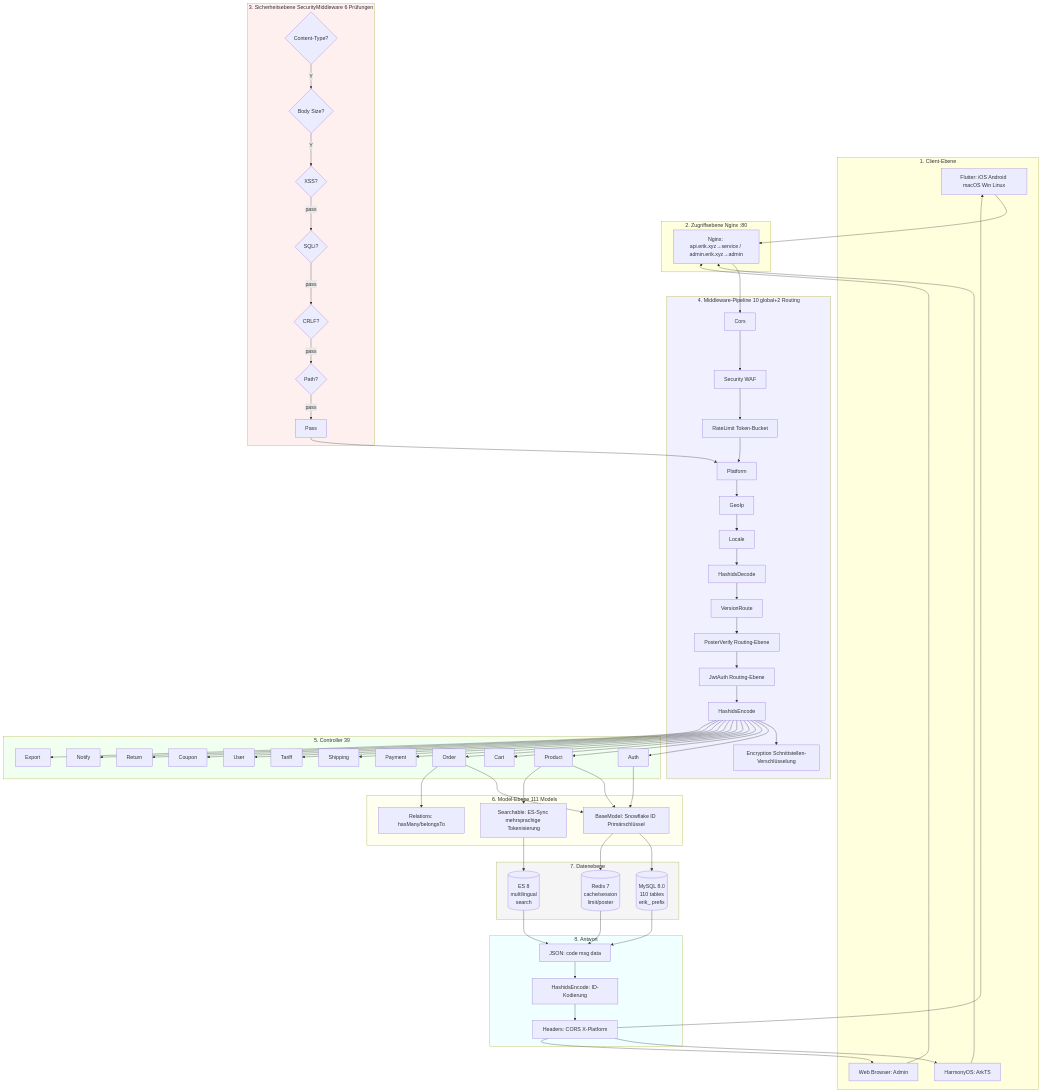
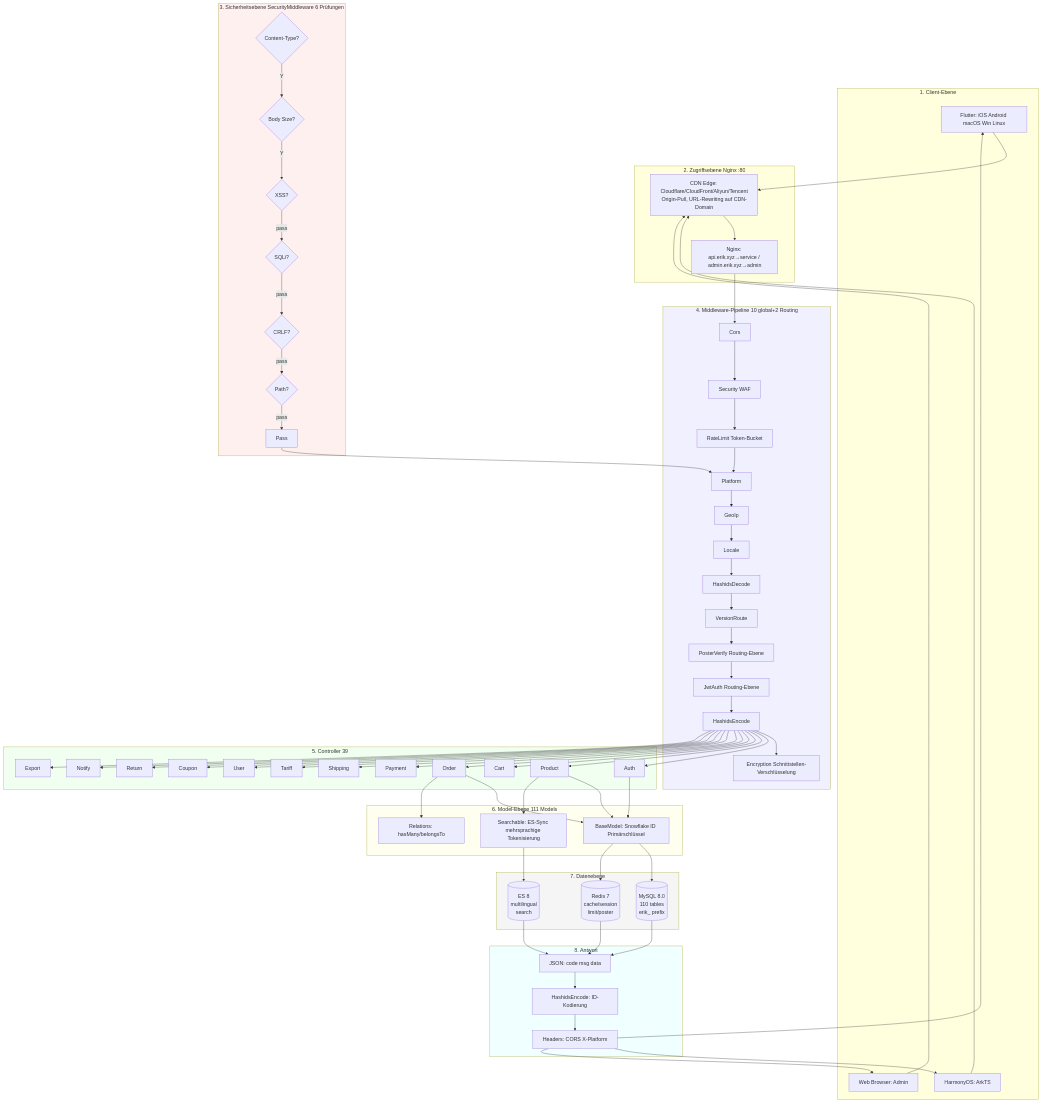
The second of 6 diagrams in docs/i18n/de/architecture-full.md (erikwang2013/erik-shop), drawn with Mermaid before and after one commit. The commit also changed other lines of this file and 191 other files, not shown here.

First line of the commit message:
v1.2.0：CDN 内容分发接入（Origin-Pull 回源 + 四大云厂商适配 + 管理端配置/刷新/日志 + 上传持久化 + 全文档与12语言i18n同步 + Crypto 捐赠图文入库）

````diff
--- a/docs/i18n/de/architecture-full.md
+++ b/docs/i18n/de/architecture-full.md
@@ -73,73 +77,75 @@
 ```mermaid
 graph TB
     subgraph Clients["1. Client-Ebene"]
         FL[Flutter: iOS Android macOS Win Linux]
         HM[HarmonyOS: ArkTS]
         WB[Web Browser: Admin]
     end
     subgraph Gateway["2. Zugriffsebene Nginx :80"]
+        CD[CDN Edge: Cloudflare/CloudFront/Aliyun/Tencent<br/>Origin-Pull, URL-Rewriting auf CDN-Domain]
         NG[Nginx: api.erik.xyz→service / admin.erik.xyz→admin]
     end
     subgraph Security["3. Sicherheitsebene SecurityMiddleware 6 Prüfungen"]
         CT{Content-Type?} -->|Y| BS{Body Size?}
         BS -->|Y| XS{XSS?}
         XS -->|pass| SQ{SQLi?}
         SQ -->|pass| CR{CRLF?}
         CR -->|pass| PT{Path?}
         PT -->|pass| PASS[Pass]
     end
     subgraph Pipeline["4. Middleware-Pipeline 10 global+2 Routing"]
         CORS[Cors] --> SEC[Security WAF]
         SEC --> RATE[RateLimit Token-Bucket]
         RATE --> PLAT[Platform]
         PLAT --> GEO[GeoIp]
         GEO --> LOC[Locale]
         LOC --> HDEC[HashidsDecode]
         HDEC --> VER[VersionRoute]
         VER --> POSTV[PosterVerify Routing-Ebene]
         POSTV --> JWT[JwtAuth Routing-Ebene]
         JWT --> HENC[HashidsEncode]
         HENC --> ENC[Encryption Schnittstellen-Verschlüsselung]
     end
     subgraph Controllers["5. Controller 39"]
         AUTH[Auth] & PROD[Product] & CART[Cart]
         ORD[Order] & PAY[Payment] & SHIP[Shipping]
         TARI[Tariff] & USER[User] & COUP[Coupon]
         RET[Return] & NOTI[Notify] & EXPORT[Export]
     end
     subgraph Models["6. Model-Ebene 111 Models"]
         BM[BaseModel: Snowflake ID Primärschlüssel]
         REL[Relations: hasMany/belongsTo]
         SRCH[Searchable: ES-Sync mehrsprachige Tokenisierung]
     end
     subgraph Data["7. Datenebene"]
         MySQL[(MySQL 8.0<br/>110 tables<br/>erik_ prefix)]
         Redis[(Redis 7<br/>cache/session<br/>limit/poster)]
         ES[(ES 8<br/>multilingual<br/>search)]
     end
     subgraph Response["8. Antwort"]
         JSON[JSON: code msg data]
         OUTENC[HashidsEncode: ID-Kodierung]
         HEADERS[Headers: CORS X-Platform]
     end
 
-    FL & HM & WB --> NG
+    FL & HM & WB --> CD
+    CD --> NG
     NG --> CORS
     PASS --> PLAT
     HENC --> AUTH & PROD & CART & ORD & PAY & SHIP & TARI & USER & COUP & RET & NOTI & EXPORT
     AUTH & PROD & ORD --> BM
     ORD --> REL
     PROD --> SRCH
     BM --> MySQL & Redis
     SRCH --> ES
     MySQL & Redis & ES --> JSON
     JSON --> OUTENC --> HEADERS
     HEADERS --> FL & HM & WB
 
     style Security fill:#fff0f0
     style Pipeline fill:#f0f0ff
     style Controllers fill:#f0fff0
     style Models fill:#fffff0
     style Data fill:#f5f5f5
     style Response fill:#f0ffff
 ```
````
